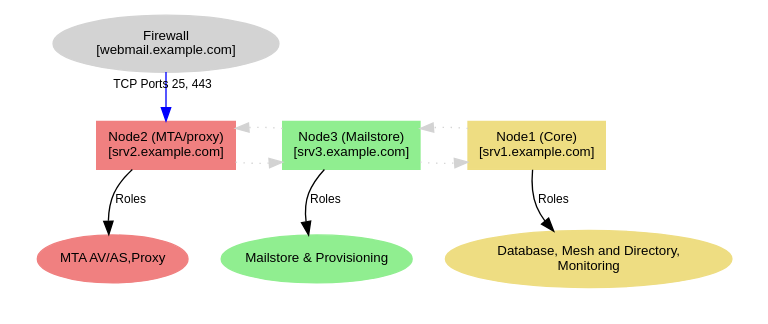
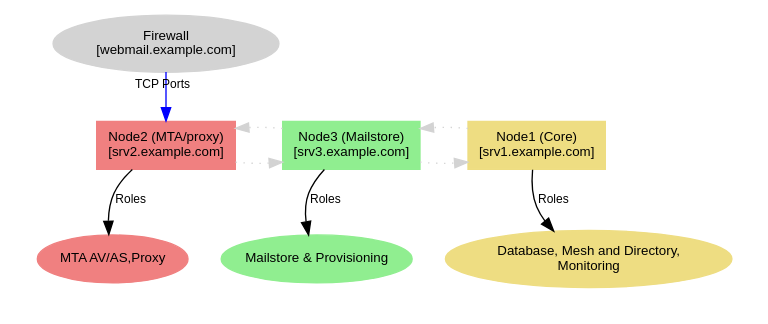
One commit to zextras/tech-doc changed the diagram in source/carbonio/install/scenarios/essential/essential.dot. Above: the diagram before and after it, drawn with Graphviz. The commit also changed 3 other files, not shown here.

```diff
--- a/source/carbonio/install/scenarios/essential/essential.dot
+++ b/source/carbonio/install/scenarios/essential/essential.dot
@@ -1,64 +1,64 @@
 digraph NetworkWithPortForwarding {
     rankdir=TB;
     node [shape=box, style=filled, fontname="Arial", fontsize=10];
 
     // Firewall node
     "Firewall" [label="Firewall\n[webmail.example.com]", shape=ellipse, style=filled, color=lightgrey];
 
     // First Node: Hosting Database, Mesh and Directory, etc.
     "Node1 (Server)" [label="Node1 (Core) \n[srv1.example.com]", shape=box, style=filled, color=lightgoldenrod];
 
     subgraph cluster_roles_node1 {
         label = ""; // Remove default cluster label
         color = none; // Remove box boundary
 
         "RolesNode1" [label="Database, Mesh and Directory,\nMonitoring", 
                       shape=ellipse, style=filled, color=lightgoldenrod, fontname="Arial", fontsize=10];
     }
 
     // Second Node: Hosting WSC, Docs, and Tasks
     "Node2 (Server)" [label="Node2 (MTA/proxy) \n[srv2.example.com]", shape=box, style=filled, color=lightcoral];
 
     subgraph cluster_roles_node2 {
         label = ""; // Remove default cluster label
         color = none; // Remove box boundary
 
         "RolesNode2" [label="MTA AV/AS,Proxy", 
                       shape=ellipse, style=filled, color=lightcoral, fontname="Arial", fontsize=10];
     }
 
     // Third Node: Hosting Videoserver
     "Node3 (Server)" [label="Node3 (Mailstore) \n[srv3.example.com]", shape=box, style=filled, color=lightgreen];
 
     subgraph cluster_roles_node3 {
         label = ""; // Remove default cluster label
         color = none; // Remove box boundary
 
         "RolesNode3" [label="Mailstore & Provisioning", 
                       shape=ellipse, style=filled, color=lightgreen, fontname="Arial", fontsize=10];
     }
 
     // Rank constraints to place Firewall above other nodes
     { rank=min; "Firewall"; }
     { rank=same; "Node1 (Server)"; "Node2 (Server)"; "Node3 (Server)"; }
 
     // Port forwarding arrows
-    "Firewall" -> "Node2 (Server)" [color=blue, taillabel="TCP Ports 25, 443", labeldistance=1, labelangle=-15, fontname="Arial", fontsize=9];
+    "Firewall" -> "Node2 (Server)" [color=blue, taillabel="TCP Ports", labeldistance=1, labelangle=-15, fontname="Arial", fontsize=9];
 
     // Connect nodes to their respective roles with visible edges
     "Node1 (Server)" -> "RolesNode1" [label="Roles", color=black, fontname="Arial", fontsize=9];
     "Node2 (Server)" -> "RolesNode2" [label="Roles", color=black, fontname="Arial", fontsize=9];
     "Node3 (Server)" -> "RolesNode3" [label="Roles", color=black, fontname="Arial", fontsize=9];
 
     // Network-like connections between nodes using dashed lines (corrected to directed edges)
     "Node2 (Server)" -> "Node3 (Server)" [style=dotted, color=lightgrey];
     "Node3 (Server)" -> "Node2 (Server)" [style=dotted, color=lightgrey];
     "Node3 (Server)" -> "Node1 (Server)" [style=dotted, color=lightgrey];
     "Node1 (Server)" -> "Node3 (Server)" [style=dotted, color=lightgrey];
 
 
     // Connect nodes to their respective roles (invisible links for structure)
     "Node1 (Server)" -> "RolesNode1" [style=invis];
     "Node2 (Server)" -> "RolesNode2" [style=invis];
     "Node3 (Server)" -> "RolesNode3" [style=invis];
 }
```
